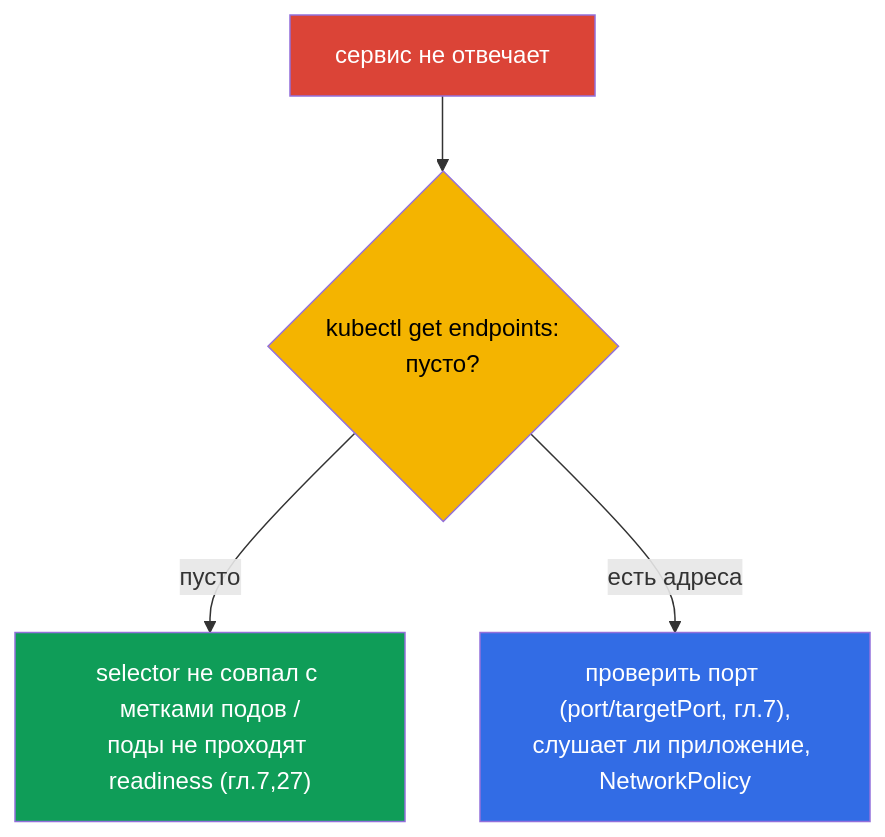
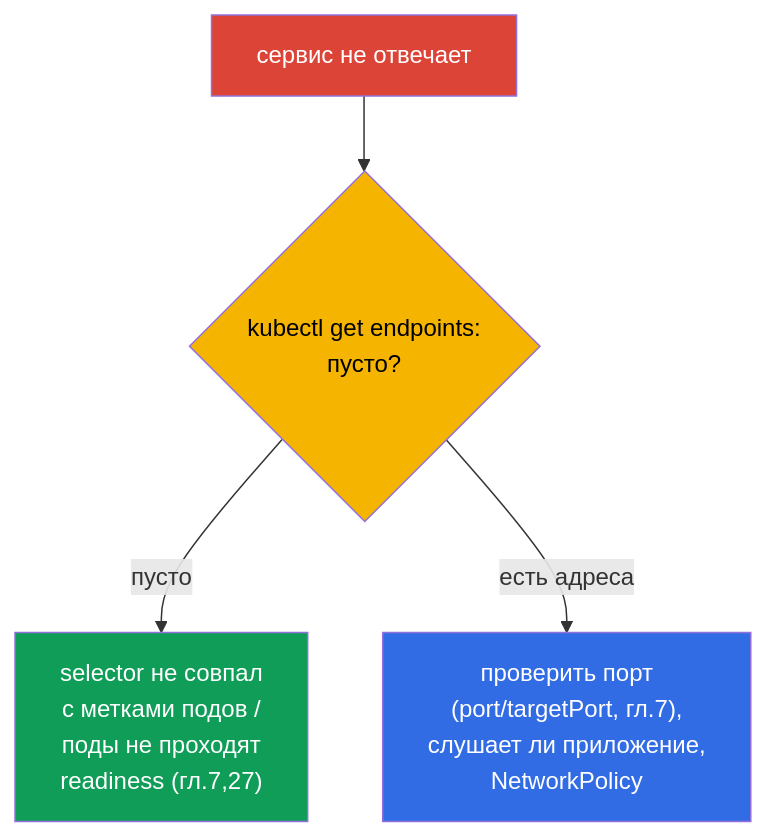
Before and after one commit to ViktorUJ/cks: the fourth of 7 diagrams in tasks/cka/course/46/ru.md, drawn with Mermaid. The commit also changed other lines of this file and 30 other files, not shown here.

````diff
--- a/tasks/cka/course/46/ru.md
+++ b/tasks/cka/course/46/ru.md
@@ -101,10 +101,10 @@
 ```mermaid
 flowchart TB
     svc["сервис не отвечает"] --> ep{"kubectl get endpoints:<br>пусто?"}
-    ep -->|"пусто"| empty["selector не совпал с метками подов /<br>поды не проходят readiness (гл.7,27)"]
-    ep -->|"есть адреса"| notempty["проверить порт (port/targetPort, гл.7),<br>слушает ли приложение, NetworkPolicy"]
+    ep -->|"пусто"| empty["selector не совпал<br>с метками подов /<br>поды не проходят<br>readiness (гл.7,27)"]
+    ep -->|"есть адреса"| notempty["проверить порт<br>(port/targetPort, гл.7),<br>слушает ли приложение,<br>NetworkPolicy"]
     style svc fill:#db4437,color:#fff
     style ep fill:#f4b400,color:#000
     style empty fill:#0f9d58,color:#fff
     style notempty fill:#326ce5,color:#fff
 ```
````
